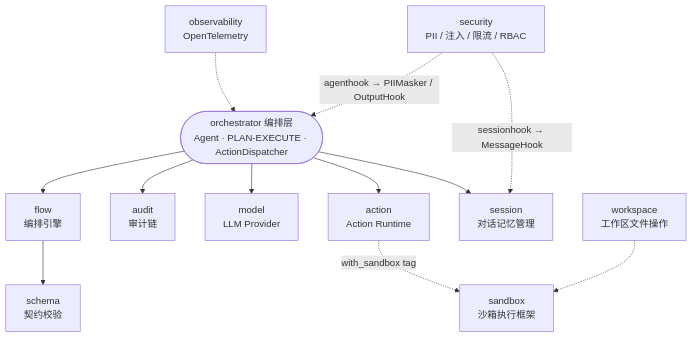
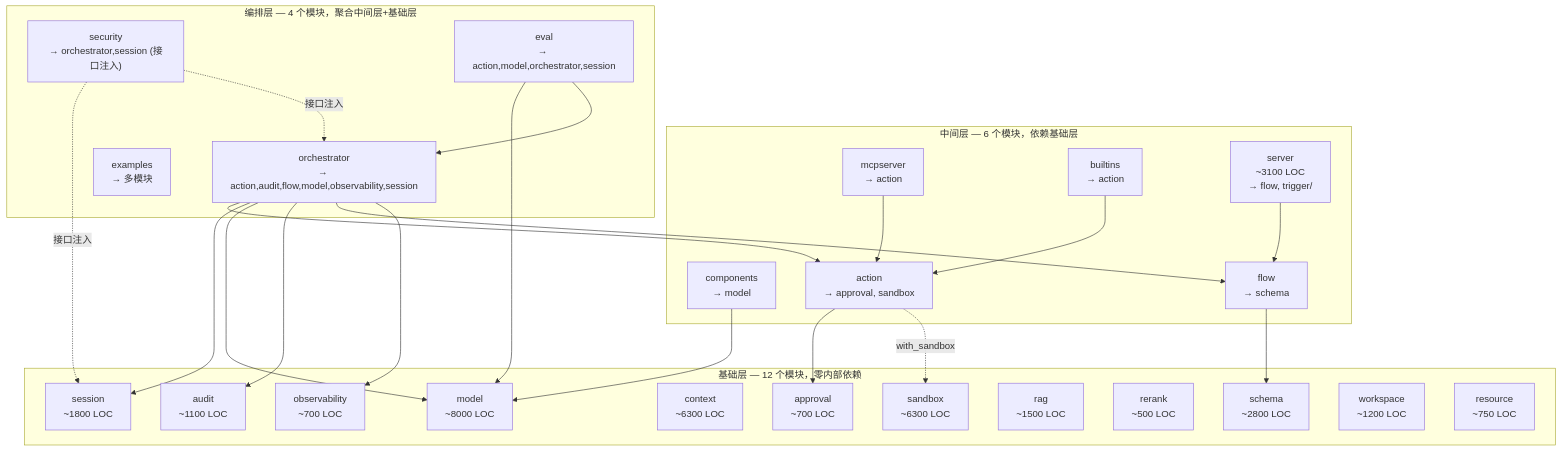
Before and after one commit to drscrewdriver/inferglow: the first of 2 diagrams in README.md, drawn with Mermaid. The commit also changed other lines of this file and 3 other files, not shown here.

````diff
--- a/README.md
+++ b/README.md
@@ -11,31 +13,54 @@
 ```mermaid
 graph TD
-    ORCH(["orchestrator 编排层<br/>Agent · PLAN-EXECUTE · ActionDispatcher"])
+    subgraph foundation["基础层 — 12 个模块，零内部依赖"]
+        MODEL["model<br/>~8000 LOC"]
+        SCHEMA["schema<br/>~2800 LOC"]
+        SESS["session<br/>~1800 LOC"]
+        SANDBOX["sandbox<br/>~6300 LOC"]
+        CTX["context<br/>~6300 LOC"]
+        AUDIT["audit<br/>~1100 LOC"]
+        APPROVAL["approval<br/>~700 LOC"]
+        RAG["rag<br/>~1500 LOC"]
+        RERANK["rerank<br/>~500 LOC"]
+        OBS["observability<br/>~700 LOC"]
+        WS["workspace<br/>~1200 LOC"]
+        RESOURCE["resource<br/>~750 LOC"]
+    end
 
-    SESS["session<br/>对话记忆管理"]
-    ACT["action<br/>Action Runtime"]
-    MODEL["model<br/>LLM Provider"]
-    AUDIT["audit<br/>审计链"]
-    SCHEMA["schema<br/>契约校验"]
-    FLOW["flow<br/>编排引擎"]
+    subgraph mid["中间层 — 6 个模块，依赖基础层"]
+        COMP["components<br/>→ model"]
+        FLOW["flow<br/>→ schema"]
+        ACT["action<br/>→ approval, sandbox"]
+        MCPSERVER["mcpserver<br/>→ action"]
+        BUILTINS["builtins<br/>→ action"]
+        SERVER["server<br/>~3100 LOC<br/>→ flow, trigger/"]
+    end
 
-    SANDBOX["sandbox<br/>沙箱执行框架"]
-    SECURITY["security<br/>PII / 注入 / 限流 / RBAC"]
-    OBS["observability<br/>OpenTelemetry"]
-    WS["workspace<br/>工作区文件操作"]
+    subgraph orch["编排层 — 4 个模块，聚合中间层+基础层"]
+        ORCH["orchestrator<br/>→ action,audit,flow,model,observability,session"]
+        SECURITY["security<br/>→ orchestrator,session (接口注入)"]
+        EVAL["eval<br/>→ action,model,orchestrator,session"]
+        EXAMPLES["examples<br/>→ 多模块"]
+    end
 
-    %% 直接依赖（实线）
+    %% 中间层 → 基础层
+    COMP --> MODEL
+    FLOW --> SCHEMA
+    ACT --> APPROVAL
+    ACT -.->|"with_sandbox"| SANDBOX
+    MCPSERVER --> ACT
+    BUILTINS --> ACT
+
+    %% 编排层 → 中间层+基础层
+    ORCH --> ACT
     ORCH --> SESS
-    ORCH --> ACT
     ORCH --> MODEL
     ORCH --> AUDIT
     ORCH --> FLOW
-    FLOW --> SCHEMA
-
-    %% 可选依赖（虚线）
-    ACT -.->|"with_sandbox tag"| SANDBOX
-    SECURITY -.->|"sessionhook → MessageHook"| SESS
-    SECURITY -.->|"agenthook → PIIMasker / OutputHook"| ORCH
-    OBS -.-> ORCH
-    WS -.-> SANDBOX
+    ORCH --> OBS
+    SECURITY -.->|"接口注入"| SESS
+    SECURITY -.->|"接口注入"| ORCH
+    EVAL --> MODEL
+    EVAL --> ORCH
+    SERVER --> FLOW
 ```
````
